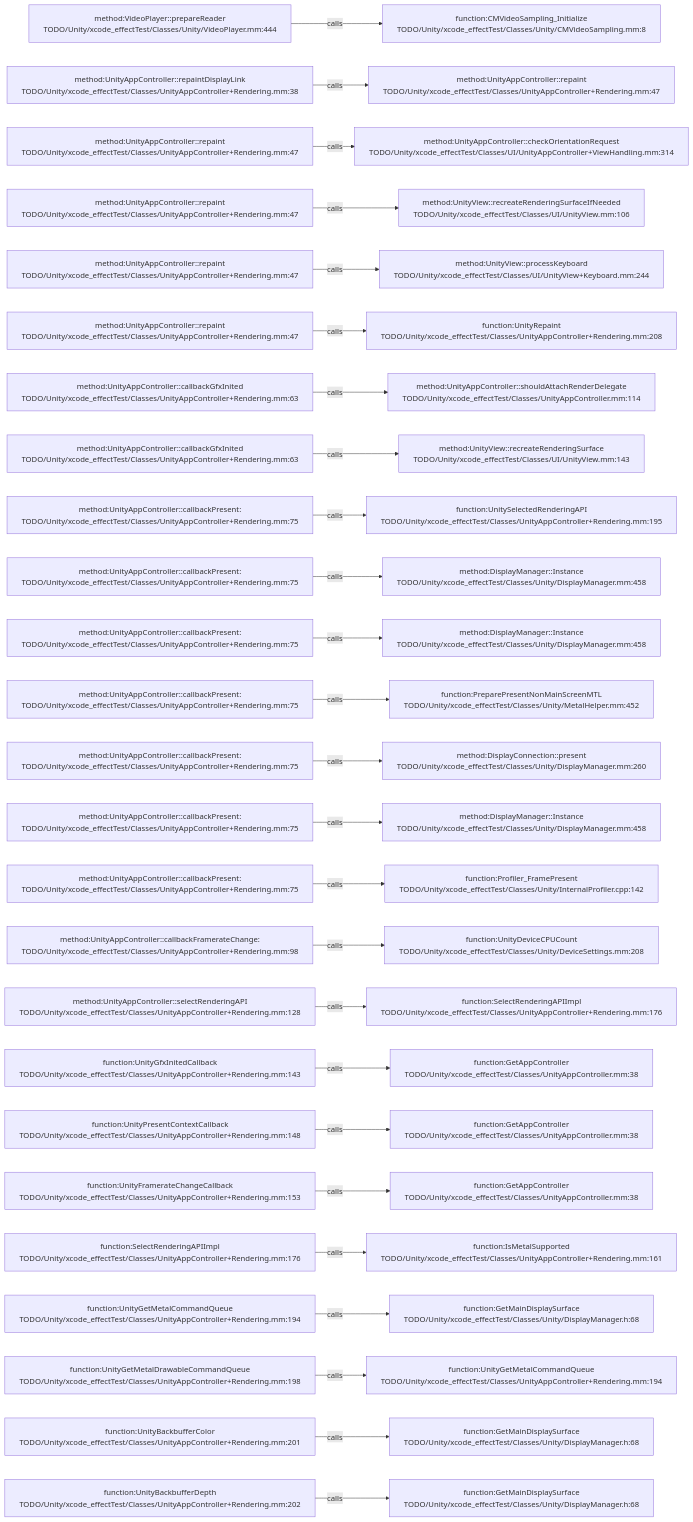
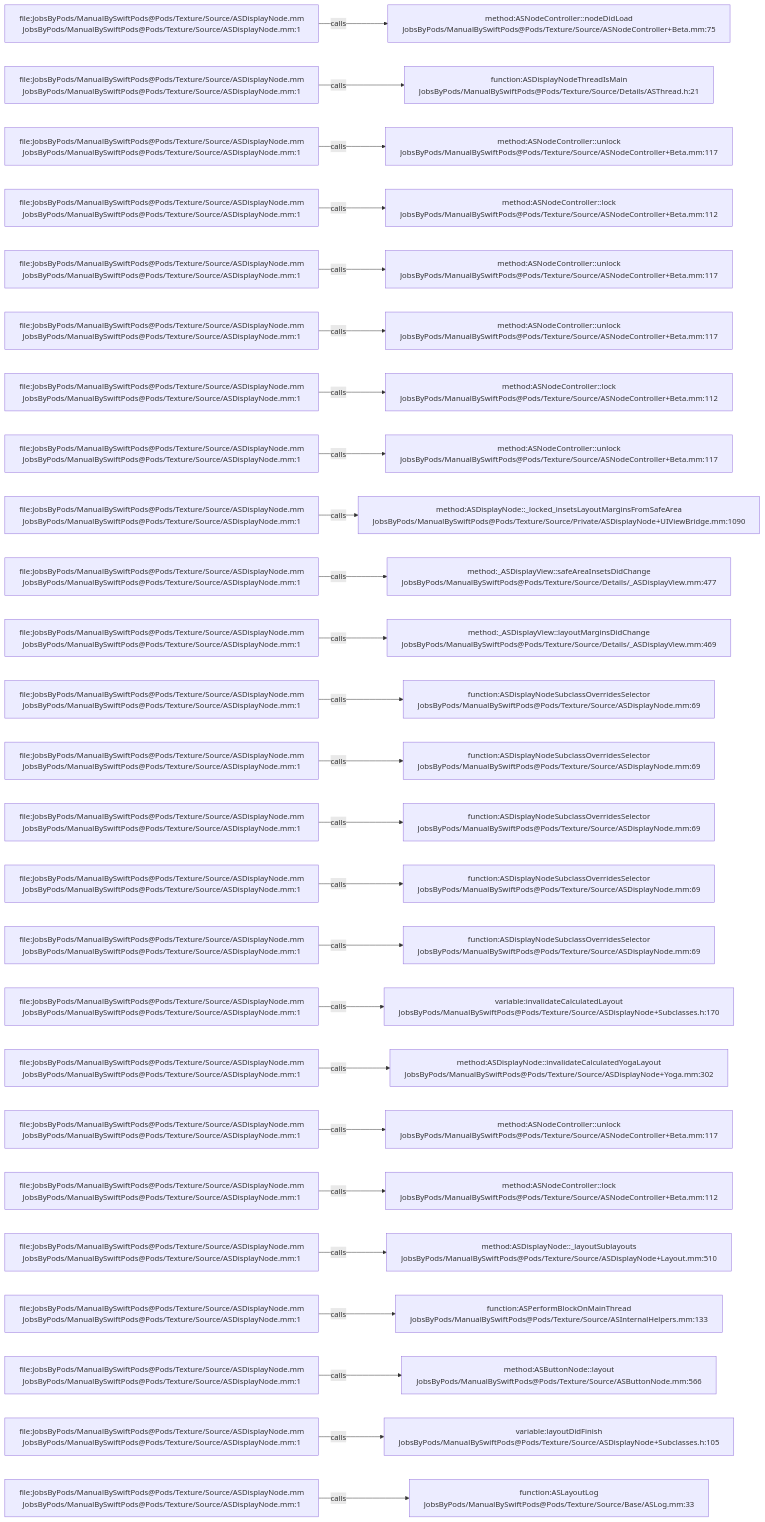
The diagram in .codegraph/codegraph.md/graphs/calls-047.md (JobsKits/JobsSwiftBaseConfigDemo), drawn with Mermaid before and after one commit. The commit also changed 2959 other files, not shown here.

````diff
--- a/.codegraph/codegraph.md/graphs/calls-047.md
+++ b/.codegraph/codegraph.md/graphs/calls-047.md
@@ -13,78 +13,78 @@
 ```mermaid
 flowchart LR
-  S1["method:VideoPlayer::prepareReader<br/>TODO/Unity/xcode_effectTest/Classes/Unity/VideoPlayer.mm:444"]
-  T1["function:CMVideoSampling_Initialize<br/>TODO/Unity/xcode_effectTest/Classes/Unity/CMVideoSampling.mm:8"]
+  S1["file:JobsByPods/ManualBySwiftPods@Pods/Texture/Source/ASDisplayNode.mm<br/>JobsByPods/ManualBySwiftPods@Pods/Texture/Source/ASDisplayNode.mm:1"]
+  T1["method:ASNodeController::nodeDidLoad<br/>JobsByPods/ManualBySwiftPods@Pods/Texture/Source/ASNodeController+Beta.mm:75"]
   S1 -->|calls| T1
-  S2["method:UnityAppController::repaintDisplayLink<br/>TODO/Unity/xcode_effectTest/Classes/UnityAppController+Rendering.mm:38"]
-  T2["method:UnityAppController::repaint<br/>TODO/Unity/xcode_effectTest/Classes/UnityAppController+Rendering.mm:47"]
+  S2["file:JobsByPods/ManualBySwiftPods@Pods/Texture/Source/ASDisplayNode.mm<br/>JobsByPods/ManualBySwiftPods@Pods/Texture/Source/ASDisplayNode.mm:1"]
+  T2["function:ASDisplayNodeThreadIsMain<br/>JobsByPods/ManualBySwiftPods@Pods/Texture/Source/Details/ASThread.h:21"]
   S2 -->|calls| T2
-  S3["method:UnityAppController::repaint<br/>TODO/Unity/xcode_effectTest/Classes/UnityAppController+Rendering.mm:47"]
-  T3["method:UnityAppController::checkOrientationRequest<br/>TODO/Unity/xcode_effectTest/Classes/UI/UnityAppController+ViewHandling.mm:314"]
+  S3["file:JobsByPods/ManualBySwiftPods@Pods/Texture/Source/ASDisplayNode.mm<br/>JobsByPods/ManualBySwiftPods@Pods/Texture/Source/ASDisplayNode.mm:1"]
+  T3["method:ASNodeController::unlock<br/>JobsByPods/ManualBySwiftPods@Pods/Texture/Source/ASNodeController+Beta.mm:117"]
   S3 -->|calls| T3
-  S4["method:UnityAppController::repaint<br/>TODO/Unity/xcode_effectTest/Classes/UnityAppController+Rendering.mm:47"]
-  T4["method:UnityView::recreateRenderingSurfaceIfNeeded<br/>TODO/Unity/xcode_effectTest/Classes/UI/UnityView.mm:106"]
+  S4["file:JobsByPods/ManualBySwiftPods@Pods/Texture/Source/ASDisplayNode.mm<br/>JobsByPods/ManualBySwiftPods@Pods/Texture/Source/ASDisplayNode.mm:1"]
+  T4["method:ASNodeController::lock<br/>JobsByPods/ManualBySwiftPods@Pods/Texture/Source/ASNodeController+Beta.mm:112"]
   S4 -->|calls| T4
-  S5["method:UnityAppController::repaint<br/>TODO/Unity/xcode_effectTest/Classes/UnityAppController+Rendering.mm:47"]
-  T5["method:UnityView::processKeyboard<br/>TODO/Unity/xcode_effectTest/Classes/UI/UnityView+Keyboard.mm:244"]
+  S5["file:JobsByPods/ManualBySwiftPods@Pods/Texture/Source/ASDisplayNode.mm<br/>JobsByPods/ManualBySwiftPods@Pods/Texture/Source/ASDisplayNode.mm:1"]
+  T5["method:ASNodeController::unlock<br/>JobsByPods/ManualBySwiftPods@Pods/Texture/Source/ASNodeController+Beta.mm:117"]
   S5 -->|calls| T5
-  S6["method:UnityAppController::repaint<br/>TODO/Unity/xcode_effectTest/Classes/UnityAppController+Rendering.mm:47"]
-  T6["function:UnityRepaint<br/>TODO/Unity/xcode_effectTest/Classes/UnityAppController+Rendering.mm:208"]
+  S6["file:JobsByPods/ManualBySwiftPods@Pods/Texture/Source/ASDisplayNode.mm<br/>JobsByPods/ManualBySwiftPods@Pods/Texture/Source/ASDisplayNode.mm:1"]
+  T6["method:ASNodeController::unlock<br/>JobsByPods/ManualBySwiftPods@Pods/Texture/Source/ASNodeController+Beta.mm:117"]
   S6 -->|calls| T6
-  S7["method:UnityAppController::callbackGfxInited<br/>TODO/Unity/xcode_effectTest/Classes/UnityAppController+Rendering.mm:63"]
-  T7["method:UnityAppController::shouldAttachRenderDelegate<br/>TODO/Unity/xcode_effectTest/Classes/UnityAppController.mm:114"]
+  S7["file:JobsByPods/ManualBySwiftPods@Pods/Texture/Source/ASDisplayNode.mm<br/>JobsByPods/ManualBySwiftPods@Pods/Texture/Source/ASDisplayNode.mm:1"]
+  T7["method:ASNodeController::lock<br/>JobsByPods/ManualBySwiftPods@Pods/Texture/Source/ASNodeController+Beta.mm:112"]
   S7 -->|calls| T7
-  S8["method:UnityAppController::callbackGfxInited<br/>TODO/Unity/xcode_effectTest/Classes/UnityAppController+Rendering.mm:63"]
-  T8["method:UnityView::recreateRenderingSurface<br/>TODO/Unity/xcode_effectTest/Classes/UI/UnityView.mm:143"]
+  S8["file:JobsByPods/ManualBySwiftPods@Pods/Texture/Source/ASDisplayNode.mm<br/>JobsByPods/ManualBySwiftPods@Pods/Texture/Source/ASDisplayNode.mm:1"]
+  T8["method:ASNodeController::unlock<br/>JobsByPods/ManualBySwiftPods@Pods/Texture/Source/ASNodeController+Beta.mm:117"]
   S8 -->|calls| T8
-  S9["method:UnityAppController::callbackPresent:<br/>TODO/Unity/xcode_effectTest/Classes/UnityAppController+Rendering.mm:75"]
-  T9["function:UnitySelectedRenderingAPI<br/>TODO/Unity/xcode_effectTest/Classes/UnityAppController+Rendering.mm:195"]
+  S9["file:JobsByPods/ManualBySwiftPods@Pods/Texture/Source/ASDisplayNode.mm<br/>JobsByPods/ManualBySwiftPods@Pods/Texture/Source/ASDisplayNode.mm:1"]
+  T9["method:ASDisplayNode::_locked_insetsLayoutMarginsFromSafeArea<br/>JobsByPods/ManualBySwiftPods@Pods/Texture/Source/Private/ASDisplayNode+UIViewBridge.mm:1090"]
   S9 -->|calls| T9
-  S10["method:UnityAppController::callbackPresent:<br/>TODO/Unity/xcode_effectTest/Classes/UnityAppController+Rendering.mm:75"]
-  T10["method:DisplayManager::Instance<br/>TODO/Unity/xcode_effectTest/Classes/Unity/DisplayManager.mm:458"]
+  S10["file:JobsByPods/ManualBySwiftPods@Pods/Texture/Source/ASDisplayNode.mm<br/>JobsByPods/ManualBySwiftPods@Pods/Texture/Source/ASDisplayNode.mm:1"]
+  T10["method:_ASDisplayView::safeAreaInsetsDidChange<br/>JobsByPods/ManualBySwiftPods@Pods/Texture/Source/Details/_ASDisplayView.mm:477"]
   S10 -->|calls| T10
-  S11["method:UnityAppController::callbackPresent:<br/>TODO/Unity/xcode_effectTest/Classes/UnityAppController+Rendering.mm:75"]
-  T11["method:DisplayManager::Instance<br/>TODO/Unity/xcode_effectTest/Classes/Unity/DisplayManager.mm:458"]
+  S11["file:JobsByPods/ManualBySwiftPods@Pods/Texture/Source/ASDisplayNode.mm<br/>JobsByPods/ManualBySwiftPods@Pods/Texture/Source/ASDisplayNode.mm:1"]
+  T11["method:_ASDisplayView::layoutMarginsDidChange<br/>JobsByPods/ManualBySwiftPods@Pods/Texture/Source/Details/_ASDisplayView.mm:469"]
   S11 -->|calls| T11
-  S12["method:UnityAppController::callbackPresent:<br/>TODO/Unity/xcode_effectTest/Classes/UnityAppController+Rendering.mm:75"]
-  T12["function:PreparePresentNonMainScreenMTL<br/>TODO/Unity/xcode_effectTest/Classes/Unity/MetalHelper.mm:452"]
+  S12["file:JobsByPods/ManualBySwiftPods@Pods/Texture/Source/ASDisplayNode.mm<br/>JobsByPods/ManualBySwiftPods@Pods/Texture/Source/ASDisplayNode.mm:1"]
+  T12["function:ASDisplayNodeSubclassOverridesSelector<br/>JobsByPods/ManualBySwiftPods@Pods/Texture/Source/ASDisplayNode.mm:69"]
   S12 -->|calls| T12
-  S13["method:UnityAppController::callbackPresent:<br/>TODO/Unity/xcode_effectTest/Classes/UnityAppController+Rendering.mm:75"]
-  T13["method:DisplayConnection::present<br/>TODO/Unity/xcode_effectTest/Classes/Unity/DisplayManager.mm:260"]
+  S13["file:JobsByPods/ManualBySwiftPods@Pods/Texture/Source/ASDisplayNode.mm<br/>JobsByPods/ManualBySwiftPods@Pods/Texture/Source/ASDisplayNode.mm:1"]
+  T13["function:ASDisplayNodeSubclassOverridesSelector<br/>JobsByPods/ManualBySwiftPods@Pods/Texture/Source/ASDisplayNode.mm:69"]
   S13 -->|calls| T13
-  S14["method:UnityAppController::callbackPresent:<br/>TODO/Unity/xcode_effectTest/Classes/UnityAppController+Rendering.mm:75"]
-  T14["method:DisplayManager::Instance<br/>TODO/Unity/xcode_effectTest/Classes/Unity/DisplayManager.mm:458"]
+  S14["file:JobsByPods/ManualBySwiftPods@Pods/Texture/Source/ASDisplayNode.mm<br/>JobsByPods/ManualBySwiftPods@Pods/Texture/Source/ASDisplayNode.mm:1"]
+  T14["function:ASDisplayNodeSubclassOverridesSelector<br/>JobsByPods/ManualBySwiftPods@Pods/Texture/Source/ASDisplayNode.mm:69"]
   S14 -->|calls| T14
-  S15["method:UnityAppController::callbackPresent:<br/>TODO/Unity/xcode_effectTest/Classes/UnityAppController+Rendering.mm:75"]
-  T15["function:Profiler_FramePresent<br/>TODO/Unity/xcode_effectTest/Classes/Unity/InternalProfiler.cpp:142"]
+  S15["file:JobsByPods/ManualBySwiftPods@Pods/Texture/Source/ASDisplayNode.mm<br/>JobsByPods/ManualBySwiftPods@Pods/Texture/Source/ASDisplayNode.mm:1"]
+  T15["function:ASDisplayNodeSubclassOverridesSelector<br/>JobsByPods/ManualBySwiftPods@Pods/Texture/Source/ASDisplayNode.mm:69"]
   S15 -->|calls| T15
-  S16["method:UnityAppController::callbackFramerateChange:<br/>TODO/Unity/xcode_effectTest/Classes/UnityAppController+Rendering.mm:98"]
-  T16["function:UnityDeviceCPUCount<br/>TODO/Unity/xcode_effectTest/Classes/Unity/DeviceSettings.mm:208"]
+  S16["file:JobsByPods/ManualBySwiftPods@Pods/Texture/Source/ASDisplayNode.mm<br/>JobsByPods/ManualBySwiftPods@Pods/Texture/Source/ASDisplayNode.mm:1"]
+  T16["function:ASDisplayNodeSubclassOverridesSelector<br/>JobsByPods/ManualBySwiftPods@Pods/Texture/Source/ASDisplayNode.mm:69"]
   S16 -->|calls| T16
-  S17["method:UnityAppController::selectRenderingAPI<br/>TODO/Unity/xcode_effectTest/Classes/UnityAppController+Rendering.mm:128"]
-  T17["function:SelectRenderingAPIImpl<br/>TODO/Unity/xcode_effectTest/Classes/UnityAppController+Rendering.mm:176"]
+  S17["file:JobsByPods/ManualBySwiftPods@Pods/Texture/Source/ASDisplayNode.mm<br/>JobsByPods/ManualBySwiftPods@Pods/Texture/Source/ASDisplayNode.mm:1"]
+  T17["variable:invalidateCalculatedLayout<br/>JobsByPods/ManualBySwiftPods@Pods/Texture/Source/ASDisplayNode+Subclasses.h:170"]
   S17 -->|calls| T17
-  S18["function:UnityGfxInitedCallback<br/>TODO/Unity/xcode_effectTest/Classes/UnityAppController+Rendering.mm:143"]
-  T18["function:GetAppController<br/>TODO/Unity/xcode_effectTest/Classes/UnityAppController.mm:38"]
+  S18["file:JobsByPods/ManualBySwiftPods@Pods/Texture/Source/ASDisplayNode.mm<br/>JobsByPods/ManualBySwiftPods@Pods/Texture/Source/ASDisplayNode.mm:1"]
+  T18["method:ASDisplayNode::invalidateCalculatedYogaLayout<br/>JobsByPods/ManualBySwiftPods@Pods/Texture/Source/ASDisplayNode+Yoga.mm:302"]
   S18 -->|calls| T18
-  S19["function:UnityPresentContextCallback<br/>TODO/Unity/xcode_effectTest/Classes/UnityAppController+Rendering.mm:148"]
-  T19["function:GetAppController<br/>TODO/Unity/xcode_effectTest/Classes/UnityAppController.mm:38"]
+  S19["file:JobsByPods/ManualBySwiftPods@Pods/Texture/Source/ASDisplayNode.mm<br/>JobsByPods/ManualBySwiftPods@Pods/Texture/Source/ASDisplayNode.mm:1"]
+  T19["method:ASNodeController::unlock<br/>JobsByPods/ManualBySwiftPods@Pods/Texture/Source/ASNodeController+Beta.mm:117"]
   S19 -->|calls| T19
-  S20["function:UnityFramerateChangeCallback<br/>TODO/Unity/xcode_effectTest/Classes/UnityAppController+Rendering.mm:153"]
-  T20["function:GetAppController<br/>TODO/Unity/xcode_effectTest/Classes/UnityAppController.mm:38"]
+  S20["file:JobsByPods/ManualBySwiftPods@Pods/Texture/Source/ASDisplayNode.mm<br/>JobsByPods/ManualBySwiftPods@Pods/Texture/Source/ASDisplayNode.mm:1"]
+  T20["method:ASNodeController::lock<br/>JobsByPods/ManualBySwiftPods@Pods/Texture/Source/ASNodeController+Beta.mm:112"]
   S20 -->|calls| T20
-  S21["function:SelectRenderingAPIImpl<br/>TODO/Unity/xcode_effectTest/Classes/UnityAppController+Rendering.mm:176"]
-  T21["function:IsMetalSupported<br/>TODO/Unity/xcode_effectTest/Classes/UnityAppController+Rendering.mm:161"]
+  S21["file:JobsByPods/ManualBySwiftPods@Pods/Texture/Source/ASDisplayNode.mm<br/>JobsByPods/ManualBySwiftPods@Pods/Texture/Source/ASDisplayNode.mm:1"]
+  T21["method:ASDisplayNode::_layoutSublayouts<br/>JobsByPods/ManualBySwiftPods@Pods/Texture/Source/ASDisplayNode+Layout.mm:510"]
   S21 -->|calls| T21
-  S22["function:UnityGetMetalCommandQueue<br/>TODO/Unity/xcode_effectTest/Classes/UnityAppController+Rendering.mm:194"]
-  T22["function:GetMainDisplaySurface<br/>TODO/Unity/xcode_effectTest/Classes/Unity/DisplayManager.h:68"]
+  S22["file:JobsByPods/ManualBySwiftPods@Pods/Texture/Source/ASDisplayNode.mm<br/>JobsByPods/ManualBySwiftPods@Pods/Texture/Source/ASDisplayNode.mm:1"]
+  T22["function:ASPerformBlockOnMainThread<br/>JobsByPods/ManualBySwiftPods@Pods/Texture/Source/ASInternalHelpers.mm:133"]
   S22 -->|calls| T22
-  S23["function:UnityGetMetalDrawableCommandQueue<br/>TODO/Unity/xcode_effectTest/Classes/UnityAppController+Rendering.mm:198"]
-  T23["function:UnityGetMetalCommandQueue<br/>TODO/Unity/xcode_effectTest/Classes/UnityAppController+Rendering.mm:194"]
+  S23["file:JobsByPods/ManualBySwiftPods@Pods/Texture/Source/ASDisplayNode.mm<br/>JobsByPods/ManualBySwiftPods@Pods/Texture/Source/ASDisplayNode.mm:1"]
+  T23["method:ASButtonNode::layout<br/>JobsByPods/ManualBySwiftPods@Pods/Texture/Source/ASButtonNode.mm:566"]
   S23 -->|calls| T23
-  S24["function:UnityBackbufferColor<br/>TODO/Unity/xcode_effectTest/Classes/UnityAppController+Rendering.mm:201"]
-  T24["function:GetMainDisplaySurface<br/>TODO/Unity/xcode_effectTest/Classes/Unity/DisplayManager.h:68"]
+  S24["file:JobsByPods/ManualBySwiftPods@Pods/Texture/Source/ASDisplayNode.mm<br/>JobsByPods/ManualBySwiftPods@Pods/Texture/Source/ASDisplayNode.mm:1"]
+  T24["variable:layoutDidFinish<br/>JobsByPods/ManualBySwiftPods@Pods/Texture/Source/ASDisplayNode+Subclasses.h:105"]
   S24 -->|calls| T24
-  S25["function:UnityBackbufferDepth<br/>TODO/Unity/xcode_effectTest/Classes/UnityAppController+Rendering.mm:202"]
-  T25["function:GetMainDisplaySurface<br/>TODO/Unity/xcode_effectTest/Classes/Unity/DisplayManager.h:68"]
+  S25["file:JobsByPods/ManualBySwiftPods@Pods/Texture/Source/ASDisplayNode.mm<br/>JobsByPods/ManualBySwiftPods@Pods/Texture/Source/ASDisplayNode.mm:1"]
+  T25["function:ASLayoutLog<br/>JobsByPods/ManualBySwiftPods@Pods/Texture/Source/Base/ASLog.mm:33"]
   S25 -->|calls| T25
 ```
````
